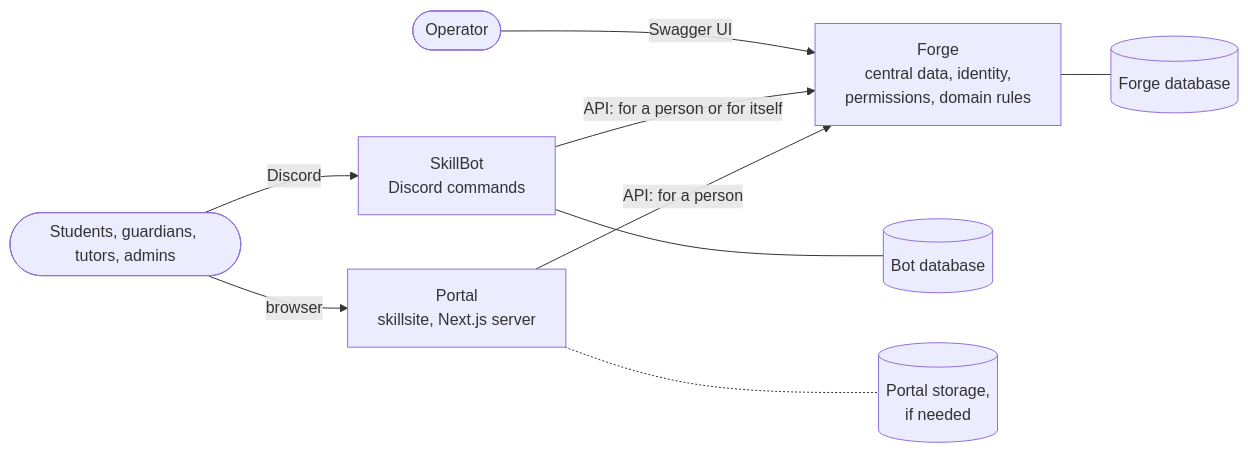
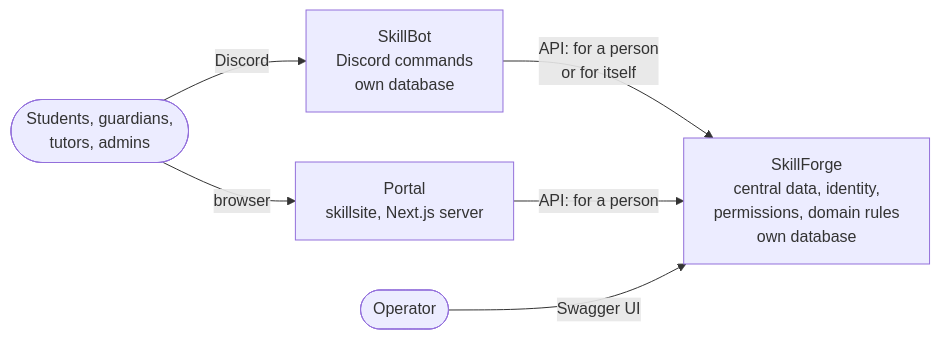
The diagram in docs/PROJECT.md (Nachhilfe-Leon-Weimann/skillforge), drawn with Mermaid before and after one commit. The commit also changed other lines of this file and 3 other files, not shown here.

First line of the commit message:
docs: name SkillForge in full and simplify the platform diagram

````diff
--- a/docs/PROJECT.md
+++ b/docs/PROJECT.md
@@ -18,20 +19,14 @@
 ```mermaid
 flowchart LR
-    people([Students, guardians, tutors, admins])
+    people([Students, guardians,<br/>tutors, admins])
+    bot["SkillBot<br/>Discord commands<br/>own database"]
+    portal["Portal<br/>skillsite, Next.js server"]
     operator([Operator])
-    bot["SkillBot<br/>Discord commands"]
-    portal["Portal<br/>skillsite, Next.js server"]
-    forge["Forge<br/>central data, identity,<br/>permissions, domain rules"]
-    botdb[(Bot database)]
-    portaldb[("Portal storage,<br/>if needed")]
-    forgedb[(Forge database)]
+    skillforge["SkillForge<br/>central data, identity,<br/>permissions, domain rules<br/>own database"]
 
     people -- Discord --> bot
     people -- browser --> portal
-    operator -- Swagger UI --> forge
-    bot --- botdb
-    bot -- "API: for a person or for itself" --> forge
-    portal -.- portaldb
-    portal -- "API: for a person" --> forge
-    forge --- forgedb
+    bot -- "API: for a person<br/>or for itself" --> skillforge
+    portal -- "API: for a person" --> skillforge
+    operator -- Swagger UI --> skillforge
 ```
````
